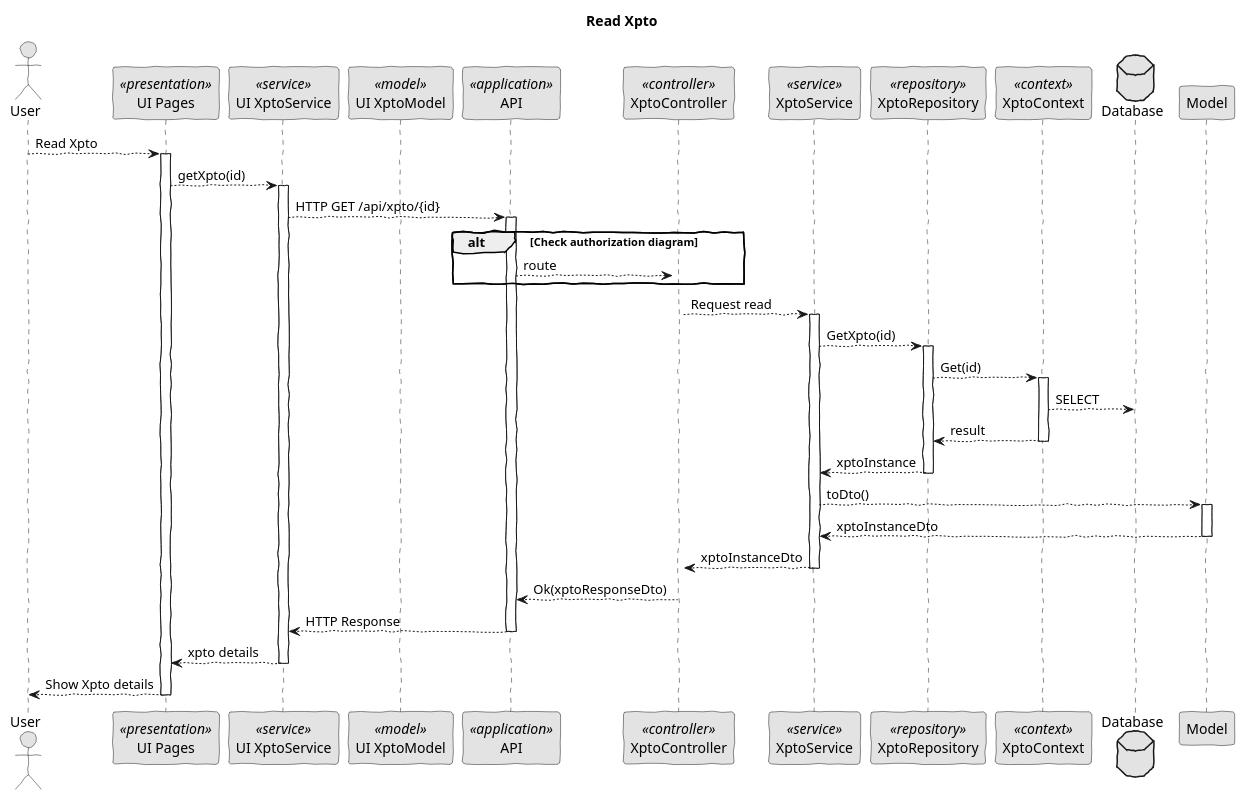
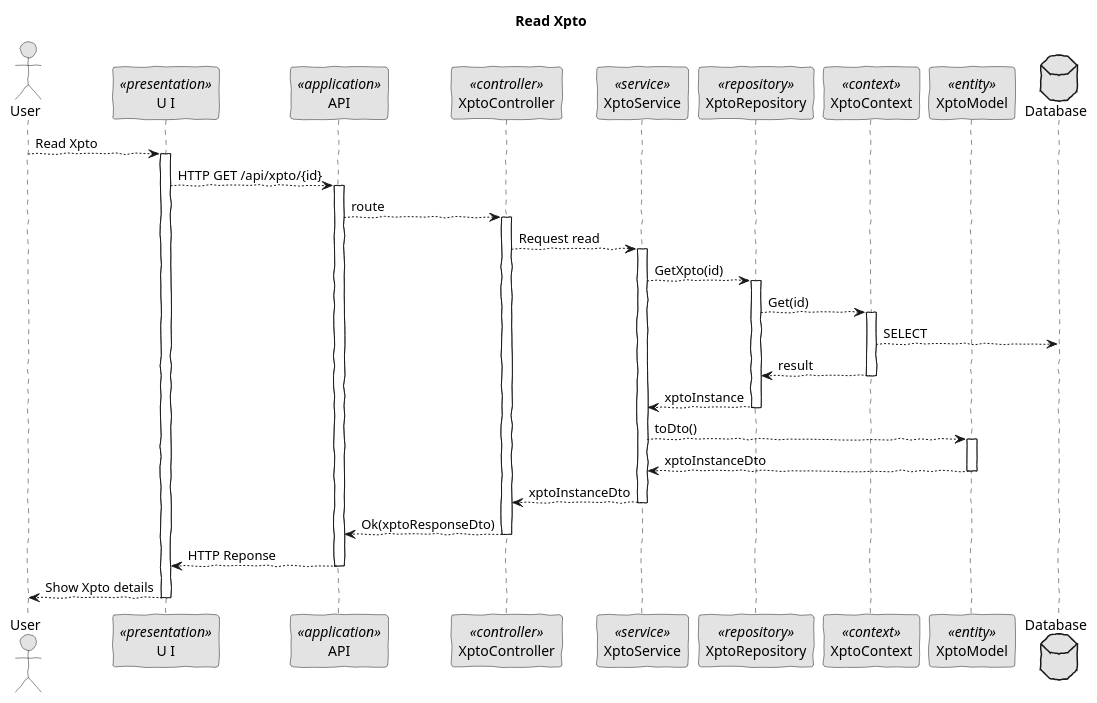
Before and after one commit to BernasDzn/portit: the diagram in docs/sprint_2/global_artifacts/arquitecture/level_4/process_views/l4_process_view_get.puml, drawn with PlantUML. The commit also changed 13 other files, not shown here.

```diff
--- a/docs/sprint_2/global_artifacts/arquitecture/level_4/process_views/l4_process_view_get.puml
+++ b/docs/sprint_2/global_artifacts/arquitecture/level_4/process_views/l4_process_view_get.puml
@@ -1,72 +1,63 @@
 @startuml sequence_diagram_get
 skinparam handwritten true
 skinparam monochrome true
 skinparam packageStyle rect
 skinparam defaultFontName FG Virgil
 skinparam shadowing false
 
 actor User as Actor
-participant "UI Pages" as UI <<presentation>>
-participant "UI XptoService" as UiService <<service>>
-participant "UI XptoModel" as UiModel <<model>>
+participant "U I" as UI <<presentation>>
 participant API as API <<application>>
 participant XptoController as Controller <<controller>>
 participant XptoService as Service <<service>>
 participant XptoRepository as Repository <<repository>>
 participant XptoContext as Context <<context>>
+participant XptoModel as Model <<entity>>
 database Database
 
 title Read Xpto
 
 Actor --> UI: Read Xpto
 activate UI
 
-    UI --> UiService: getXpto(id)
-    activate UiService
+    UI --> API: HTTP GET /api/xpto/{id}
 
-        UiService --> API: HTTP GET /api/xpto/{id}
+    activate API
 
-        activate API
+        API --> Controller: route
+        activate Controller
 
-            alt Check authorization diagram
-                API --> Controller: route
-            end
-            activate Controller
+            Controller --> Service: Request read
+            activate Service
 
-                Controller --> Service: Request read
-                activate Service
+                Service --> Repository: GetXpto(id)
+                activate Repository
+                
+                    Repository --> Context: Get(id)
 
-                    Service --> Repository: GetXpto(id)
-                    activate Repository
-                    
-                        Repository --> Context: Get(id)
-                        activate Context
-                            Context --> Database: SELECT
-                            Context --> Repository: result
-                        deactivate Context
+                    activate Context
+                        Context --> Database: SELECT
+                        Context --> Repository: result
+                    deactivate Context
 
-                        Repository --> Service: xptoInstance
-                    deactivate Repository
+                    Repository --> Service: xptoInstance
+                deactivate Repository
 
-                    Service --> Model: toDto()
-                    activate Model
-                        Model --> Service: xptoInstanceDto
-                    deactivate Model
+                Service --> Model: toDto()
+                activate Model
+                    Model --> Service: xptoInstanceDto
+                deactivate Model
 
-                    Service --> Controller: xptoInstanceDto
-                deactivate Service
+                Service --> Controller: xptoInstanceDto
+            deactivate Service
 
-                Controller --> API: Ok(xptoResponseDto)
-            deactivate Controller
+            Controller --> API: Ok(xptoResponseDto)
+        deactivate Controller
 
-            API --> UiService: HTTP Response
-
-        deactivate API
-
-        UiService --> UI: xpto details
-    deactivate UiService
+        API --> UI: HTTP Reponse
+    deactivate API
 
 UI --> Actor: Show Xpto details
 deactivate UI
-
+            
 @enduml
```
